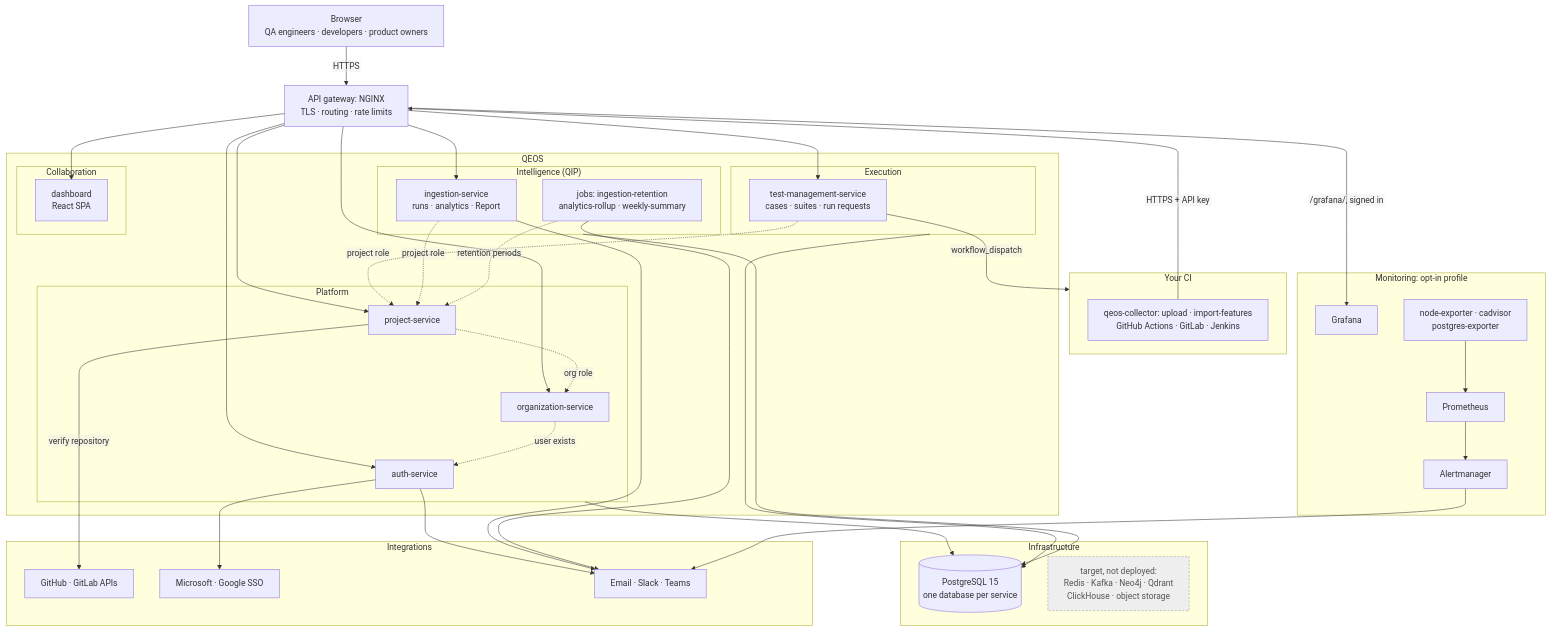
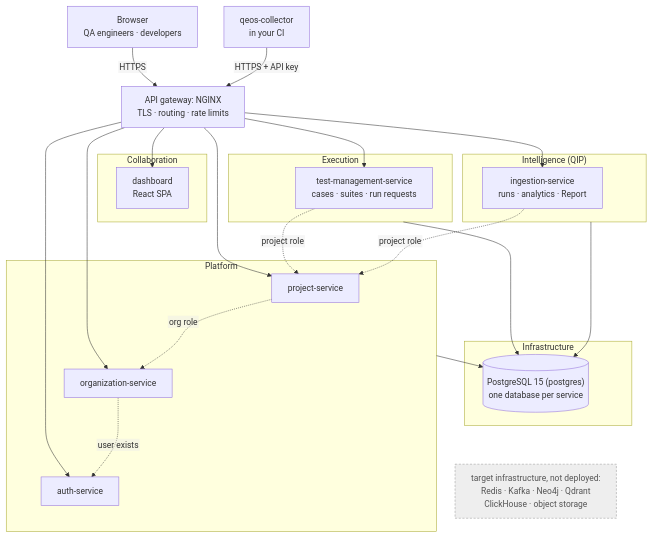
Before and after one commit to atriis/Atriis.QEOS: the first of 2 diagrams in README.md, drawn with Mermaid. The commit also changed other lines of this file and 1 other file, not shown here.

Commit message:
docs(readme): architecture as two diagrams
One diagram had every arrow and crossed itself. Now the first follows the
blueprint's container view: browser and collector through the gateway to the
domains, the role checks, PostgreSQL and the target infrastructure. The second
shows what runs beside the services: the jobs, the run loop with the
customer's CI, the Integrations domain and the monitoring profile. The
architecture docs check reads every diagram in the section.

````diff
--- a/README.md
+++ b/README.md
@@ -108,63 +109,44 @@
 ```mermaid
 %%{init: {"flowchart": {"htmlLabels": false, "wrappingWidth": 400}}}%%
 flowchart TB
-    Browser["Browser<br/>QA engineers · developers · product owners"]
-    subgraph CI["Your CI"]
-        COL["qeos-collector: upload · import-features<br/>GitHub Actions · GitLab · Jenkins"]
-    end
+    Browser["Browser<br/>QA engineers · developers"]
+    COL["qeos-collector<br/>in your CI"]
+    GW["API gateway: NGINX<br/>TLS · routing · rate limits"]
     Browser -->|HTTPS| GW
     COL -->|HTTPS + API key| GW
-    GW["API gateway: NGINX<br/>TLS · routing · rate limits"]
 
-    subgraph QEOS["QEOS"]
-        subgraph PLAT["Platform"]
-            AUTH[auth-service]
-            ORG[organization-service]
-            PROJ[project-service]
-        end
-        subgraph EXEC["Execution"]
-            TM["test-management-service<br/>cases · suites · run requests"]
-        end
-        subgraph QIP["Intelligence (QIP)"]
-            ING["ingestion-service<br/>runs · analytics · Report"]
-            JOBS["jobs: ingestion-retention<br/>analytics-rollup · weekly-summary"]
-        end
-        subgraph COLLAB["Collaboration"]
-            DASH["dashboard<br/>React SPA"]
-        end
+    subgraph COLLAB["Collaboration"]
+        DASH["dashboard<br/>React SPA"]
+    end
+    subgraph EXEC["Execution"]
+        TM["test-management-service<br/>cases · suites · run requests"]
+    end
+    subgraph QIP["Intelligence (QIP)"]
+        ING["ingestion-service<br/>runs · analytics · Report"]
+    end
+    subgraph PLAT["Platform"]
+        PROJ[project-service]
+        ORG[organization-service]
+        AUTH[auth-service]
     end
     GW --> DASH
-    GW --> AUTH & ORG & PROJ
-    GW --> TM & ING
+    GW --> TM
+    GW --> ING
+    GW --> PROJ
+    GW --> ORG
+    GW --> AUTH
+    TM -.->|project role| PROJ
+    ING -.->|project role| PROJ
+    PROJ -.->|org role| ORG
     ORG -.->|user exists| AUTH
-    PROJ -.->|org role| ORG
-    TM & ING -.->|project role| PROJ
-    JOBS -.->|retention periods| PROJ
 
     subgraph INFRA["Infrastructure"]
-        PG[("PostgreSQL 15<br/>one database per service")]
-        TARGET["target, not deployed:<br/>Redis · Kafka · Neo4j · Qdrant<br/>ClickHouse · object storage"]
+        PG[("PostgreSQL 15 (postgres)<br/>one database per service")]
     end
-    PLAT & EXEC & QIP --> PG
-
-    subgraph INTEG["Integrations"]
-        GH["GitHub · GitLab APIs"]
-        IDP["Microsoft · Google SSO"]
-        NOTIFY["Email · Slack · Teams"]
-    end
-    TM -->|workflow_dispatch| CI
-    PROJ -->|verify repository| GH
-    AUTH --> IDP
-    AUTH & ING & JOBS --> NOTIFY
-
-    subgraph MON["Monitoring: opt-in profile"]
-        PROM[Prometheus] --> AM[Alertmanager]
-        GRAF[Grafana]
-        EXP["node-exporter · cadvisor<br/>postgres-exporter"] --> PROM
-    end
-    GW -->|/grafana/, signed in| GRAF
-    AM --> NOTIFY
+    EXEC & QIP & PLAT --> PG
+    TARGET["target infrastructure, not deployed:<br/>Redis · Kafka · Neo4j · Qdrant<br/>ClickHouse · object storage"]
+    PG ~~~ TARGET
 
     classDef target fill:#eee,stroke:#999,stroke-dasharray:4 3,color:#555
     class TARGET target
 ```
````
